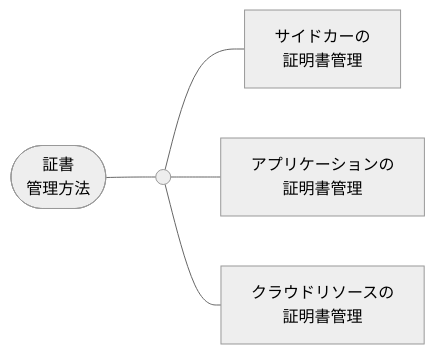
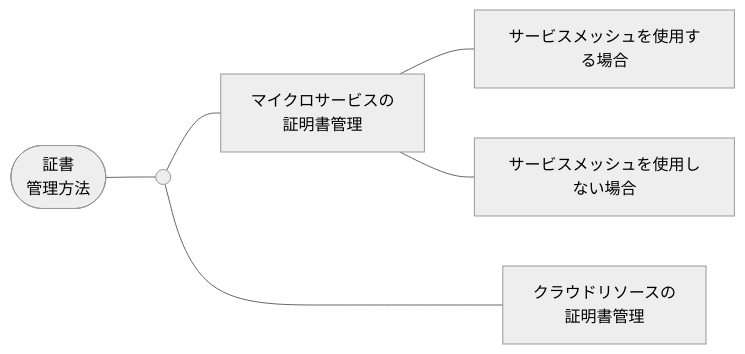
One commit to hiroki-it/tech-notebook changed diagram 24 of 24 in docs/software/draft/software_application_architecture_microservices_cloudnative.md. Above: the diagram before and after it, drawn with Mermaid (neutral theme). The commit also changed other lines of this file, not shown here.

````diff
--- a/docs/software/draft/software_application_architecture_microservices_cloudnative.md
+++ b/docs/software/draft/software_application_architecture_microservices_cloudnative.md
@@ -1874,9 +1874,10 @@
 ```mermaid
 flowchart LR
 
   証書管理方法([証書<br>管理方法]) --- 証明書管理方法の基点(( ))
-  証明書管理方法の基点 --- サイドカーの証明書管理[サイドカーの<br>証明書管理]
-  証明書管理方法の基点 --- アプリケーションの証明書管理[アプリケーションの<br>証明書管理]
-  証明書管理方法の基点 --- クラウドリソースの証明書管理[クラウドリソースの<br>証明書管理]
+  証明書管理方法の基点 --- マイクロサービスの証明書管理[マイクロサービスの<br>証明書管理]
+  マイクロサービスの証明書管理 --- サービスメッシュを使用する場合
+  マイクロサービスの証明書管理 --- サービスメッシュを使用しない場合
+  証明書管理方法の基点 ---- クラウドリソースの証明書管理[クラウドリソースの<br>証明書管理]
 
 ```
````
